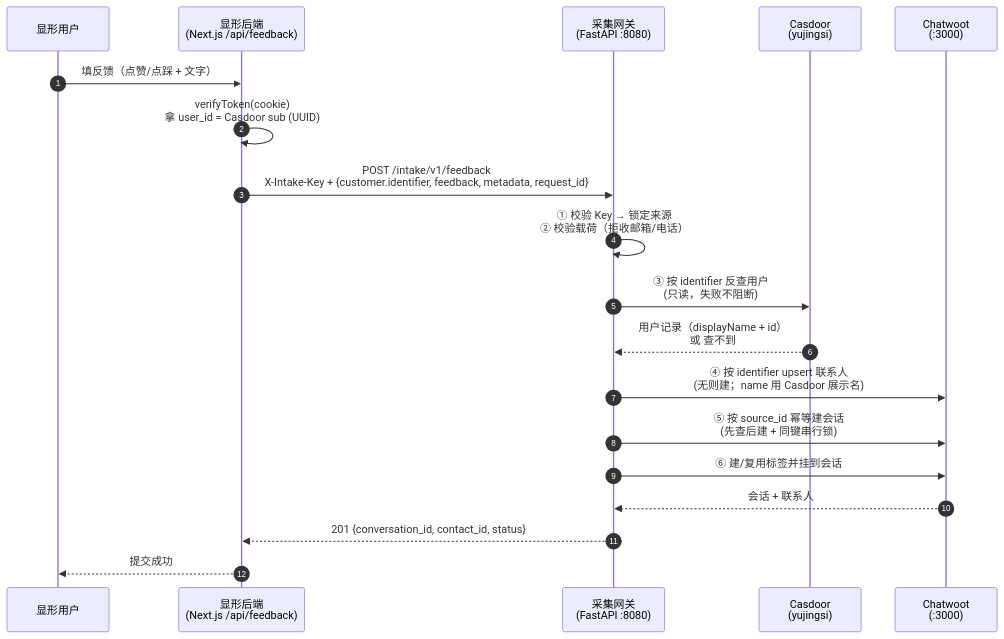
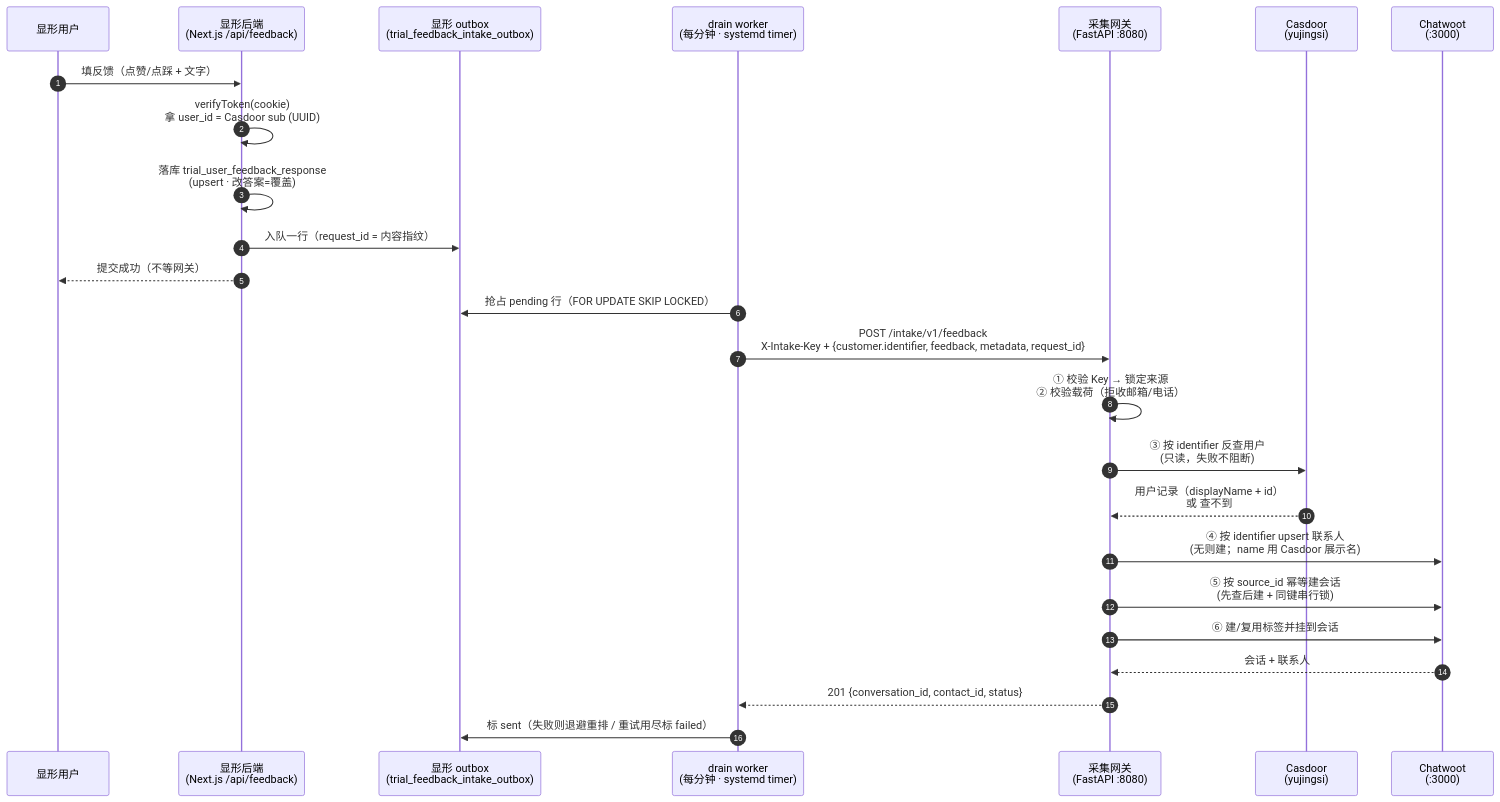
Before and after one commit to JakLiao/chatwoot: the diagram in deploy/docs/feedback-flow.md, drawn with Mermaid. The commit also changed other lines of this file and 2 other files, not shown here.

````diff
--- a/deploy/docs/feedback-flow.md
+++ b/deploy/docs/feedback-flow.md
@@ -42,22 +42,28 @@
 ```mermaid
 sequenceDiagram
     autonumber
     participant U as 显形用户
     participant X as 显形后端<br/>(Next.js /api/feedback)
+    participant Q as 显形 outbox<br/>(trial_feedback_intake_outbox)
+    participant W as drain worker<br/>(每分钟 · systemd timer)
     participant G as 采集网关<br/>(FastAPI :8080)
     participant C as Casdoor<br/>(yujingsi)
-    participant W as Chatwoot<br/>(:3000)
+    participant D as Chatwoot<br/>(:3000)
 
     U->>X: 填反馈（点赞/点踩 + 文字）
     X->>X: verifyToken(cookie)<br/>拿 user_id = Casdoor sub (UUID)
-    X->>G: POST /intake/v1/feedback<br/>X-Intake-Key + {customer.identifier, feedback, metadata, request_id}
+    X->>X: 落库 trial_user_feedback_response<br/>(upsert · 改答案=覆盖)
+    X->>Q: 入队一行（request_id = 内容指纹）
+    X-->>U: 提交成功（不等网关）
+    W->>Q: 抢占 pending 行（FOR UPDATE SKIP LOCKED）
+    W->>G: POST /intake/v1/feedback<br/>X-Intake-Key + {customer.identifier, feedback, metadata, request_id}
     G->>G: ① 校验 Key → 锁定来源<br/>② 校验载荷（拒收邮箱/电话）
     G->>C: ③ 按 identifier 反查用户<br/>(只读，失败不阻断)
     C-->>G: 用户记录（displayName + id）<br/>或 查不到
-    G->>W: ④ 按 identifier upsert 联系人<br/>(无则建；name 用 Casdoor 展示名)
-    G->>W: ⑤ 按 source_id 幂等建会话<br/>(先查后建 + 同键串行锁)
-    G->>W: ⑥ 建/复用标签并挂到会话
-    W-->>G: 会话 + 联系人
-    G-->>X: 201 {conversation_id, contact_id, status}
-    X-->>U: 提交成功
+    G->>D: ④ 按 identifier upsert 联系人<br/>(无则建；name 用 Casdoor 展示名)
+    G->>D: ⑤ 按 source_id 幂等建会话<br/>(先查后建 + 同键串行锁)
+    G->>D: ⑥ 建/复用标签并挂到会话
+    D-->>G: 会话 + 联系人
+    G-->>W: 201 {conversation_id, contact_id, status}
+    W->>Q: 标 sent（失败则退避重排 / 重试用尽标 failed）
 ```
````
